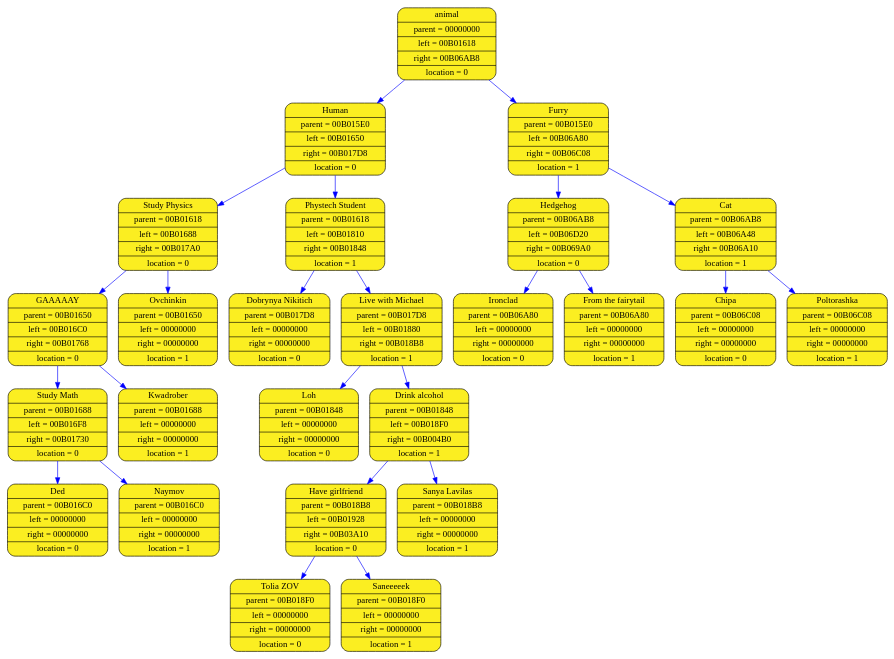
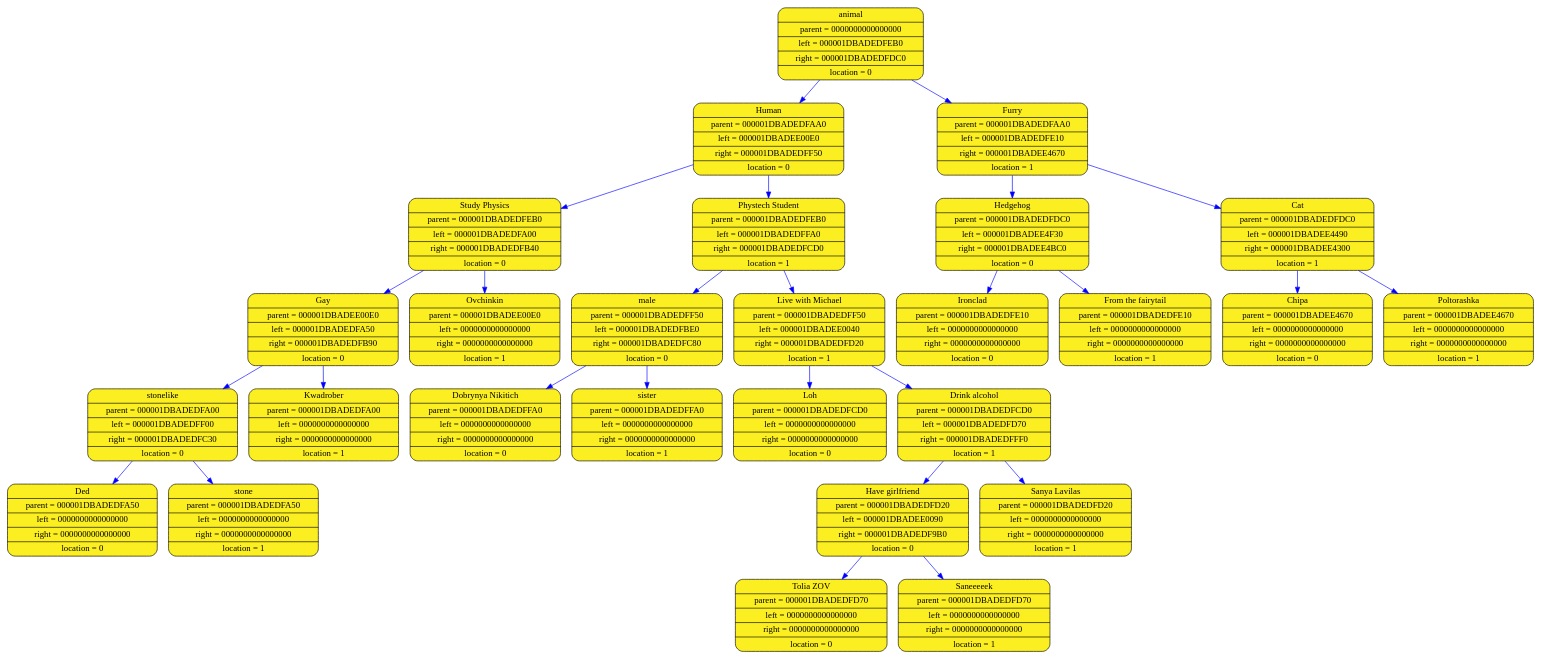
One commit to aywert/ACINATOR changed the diagram in log_folder_acinator/acinator_graph.dot. Above: the diagram before and after it, drawn with Graphviz. The commit also changed 10 other files, not shown here.

```diff
--- a/log_folder_acinator/acinator_graph.dot
+++ b/log_folder_acinator/acinator_graph.dot
@@ -1,53 +1,57 @@
 digraph list
 {
 rankdir=HR;
-	11539940 [shape = Mrecord; style = filled; fillcolor="#FBEE21"; color = "#000000"; fontcolor = "#000000"; label = "{ animal| parent = 00000000| left = 00B01618| right = 00B06AB8| location = 0}"];
-	11539996 [shape = Mrecord; style = filled; fillcolor="#FBEE21"; color = "#000000"; fontcolor = "#000000"; label = "{ Human| parent = 00B015E0| left = 00B01650| right = 00B017D8| location = 0}"];
-	11539940 -> 11539996 [color="blue"]
-	11540052 [shape = Mrecord; style = filled; fillcolor="#FBEE21"; color = "#000000"; fontcolor = "#000000"; label = "{ Study Physics| parent = 00B01618| left = 00B01688| right = 00B017A0| location = 0}"];
-	11539996 -> 11540052 [color="blue"]
-	11540108 [shape = Mrecord; style = filled; fillcolor="#FBEE21"; color = "#000000"; fontcolor = "#000000"; label = "{ GAAAAAY| parent = 00B01650| left = 00B016C0| right = 00B01768| location = 0}"];
-	11540052 -> 11540108 [color="blue"]
-	11540164 [shape = Mrecord; style = filled; fillcolor="#FBEE21"; color = "#000000"; fontcolor = "#000000"; label = "{ Study Math| parent = 00B01688| left = 00B016F8| right = 00B01730| location = 0}"];
-	11540108 -> 11540164 [color="blue"]
-	11540220 [shape = Mrecord; style = filled; fillcolor="#FBEE21"; color = "#000000"; fontcolor = "#000000"; label = "{ Ded| parent = 00B016C0| left = 00000000| right = 00000000| location = 0}"];
-	11540164 -> 11540220 [color="blue"]
-	11540276 [shape = Mrecord; style = filled; fillcolor="#FBEE21"; color = "#000000"; fontcolor = "#000000"; label = "{ Naymov| parent = 00B016C0| left = 00000000| right = 00000000| location = 1}"];
-	11540164 -> 11540276 [color="blue"]
-	11540332 [shape = Mrecord; style = filled; fillcolor="#FBEE21"; color = "#000000"; fontcolor = "#000000"; label = "{ Kwadrober| parent = 00B01688| left = 00000000| right = 00000000| location = 1}"];
-	11540108 -> 11540332 [color="blue"]
-	11540388 [shape = Mrecord; style = filled; fillcolor="#FBEE21"; color = "#000000"; fontcolor = "#000000"; label = "{ Ovchinkin| parent = 00B01650| left = 00000000| right = 00000000| location = 1}"];
-	11540052 -> 11540388 [color="blue"]
-	11540444 [shape = Mrecord; style = filled; fillcolor="#FBEE21"; color = "#000000"; fontcolor = "#000000"; label = "{ Phystech Student| parent = 00B01618| left = 00B01810| right = 00B01848| location = 1}"];
-	11539996 -> 11540444 [color="blue"]
-	11540500 [shape = Mrecord; style = filled; fillcolor="#FBEE21"; color = "#000000"; fontcolor = "#000000"; label = "{ Dobrynya Nikitich| parent = 00B017D8| left = 00000000| right = 00000000| location = 0}"];
-	11540444 -> 11540500 [color="blue"]
-	11540556 [shape = Mrecord; style = filled; fillcolor="#FBEE21"; color = "#000000"; fontcolor = "#000000"; label = "{ Live with Michael| parent = 00B017D8| left = 00B01880| right = 00B018B8| location = 1}"];
-	11540444 -> 11540556 [color="blue"]
-	11540612 [shape = Mrecord; style = filled; fillcolor="#FBEE21"; color = "#000000"; fontcolor = "#000000"; label = "{ Loh| parent = 00B01848| left = 00000000| right = 00000000| location = 0}"];
-	11540556 -> 11540612 [color="blue"]
-	11540668 [shape = Mrecord; style = filled; fillcolor="#FBEE21"; color = "#000000"; fontcolor = "#000000"; label = "{ Drink alcohol| parent = 00B01848| left = 00B018F0| right = 00B004B0| location = 1}"];
-	11540556 -> 11540668 [color="blue"]
-	11540724 [shape = Mrecord; style = filled; fillcolor="#FBEE21"; color = "#000000"; fontcolor = "#000000"; label = "{ Have girlfriend| parent = 00B018B8| left = 00B01928| right = 00B03A10| location = 0}"];
-	11540668 -> 11540724 [color="blue"]
-	11540780 [shape = Mrecord; style = filled; fillcolor="#FBEE21"; color = "#000000"; fontcolor = "#000000"; label = "{ Tolia ZOV| parent = 00B018F0| left = 00000000| right = 00000000| location = 0}"];
-	11540724 -> 11540780 [color="blue"]
-	11549204 [shape = Mrecord; style = filled; fillcolor="#FBEE21"; color = "#000000"; fontcolor = "#000000"; label = "{ Saneeeeek| parent = 00B018F0| left = 00000000| right = 00000000| location = 1}"];
-	11540724 -> 11549204 [color="blue"]
-	11535540 [shape = Mrecord; style = filled; fillcolor="#FBEE21"; color = "#000000"; fontcolor = "#000000"; label = "{ Sanya Lavilas| parent = 00B018B8| left = 00000000| right = 00000000| location = 1}"];
-	11540668 -> 11535540 [color="blue"]
-	11561660 [shape = Mrecord; style = filled; fillcolor="#FBEE21"; color = "#000000"; fontcolor = "#000000"; label = "{ Furry| parent = 00B015E0| left = 00B06A80| right = 00B06C08| location = 1}"];
-	11539940 -> 11561660 [color="blue"]
-	11561604 [shape = Mrecord; style = filled; fillcolor="#FBEE21"; color = "#000000"; fontcolor = "#000000"; label = "{ Hedgehog| parent = 00B06AB8| left = 00B06D20| right = 00B069A0| location = 0}"];
-	11561660 -> 11561604 [color="blue"]
-	11562276 [shape = Mrecord; style = filled; fillcolor="#FBEE21"; color = "#000000"; fontcolor = "#000000"; label = "{ Ironclad| parent = 00B06A80| left = 00000000| right = 00000000| location = 0}"];
-	11561604 -> 11562276 [color="blue"]
-	11561380 [shape = Mrecord; style = filled; fillcolor="#FBEE21"; color = "#000000"; fontcolor = "#000000"; label = "{ From the fairytail| parent = 00B06A80| left = 00000000| right = 00000000| location = 1}"];
-	11561604 -> 11561380 [color="blue"]
-	11561996 [shape = Mrecord; style = filled; fillcolor="#FBEE21"; color = "#000000"; fontcolor = "#000000"; label = "{ Cat| parent = 00B06AB8| left = 00B06A48| right = 00B06A10| location = 1}"];
-	11561660 -> 11561996 [color="blue"]
-	11561548 [shape = Mrecord; style = filled; fillcolor="#FBEE21"; color = "#000000"; fontcolor = "#000000"; label = "{ Chipa| parent = 00B06C08| left = 00000000| right = 00000000| location = 0}"];
-	11561996 -> 11561548 [color="blue"]
-	11561492 [shape = Mrecord; style = filled; fillcolor="#FBEE21"; color = "#000000"; fontcolor = "#000000"; label = "{ Poltorashka| parent = 00B06C08| left = 00000000| right = 00000000| location = 1}"];
-	11561996 -> 11561492 [color="blue"]
+	2043027520168 [shape = Mrecord; style = filled; fillcolor="#FBEE21"; color = "#000000"; fontcolor = "#000000"; label = "{ animal| parent = 0000000000000000| left = 000001DBADEDFEB0| right = 000001DBADEDFDC0| location = 0}"];
+	2043027521208 [shape = Mrecord; style = filled; fillcolor="#FBEE21"; color = "#000000"; fontcolor = "#000000"; label = "{ Human| parent = 000001DBADEDFAA0| left = 000001DBADEE00E0| right = 000001DBADEDFF50| location = 0}"];
+	2043027520168 -> 2043027521208 [color="blue"]
+	2043027521768 [shape = Mrecord; style = filled; fillcolor="#FBEE21"; color = "#000000"; fontcolor = "#000000"; label = "{ Study Physics| parent = 000001DBADEDFEB0| left = 000001DBADEDFA00| right = 000001DBADEDFB40| location = 0}"];
+	2043027521208 -> 2043027521768 [color="blue"]
+	2043027520008 [shape = Mrecord; style = filled; fillcolor="#FBEE21"; color = "#000000"; fontcolor = "#000000"; label = "{ Gay| parent = 000001DBADEE00E0| left = 000001DBADEDFA50| right = 000001DBADEDFB90| location = 0}"];
+	2043027521768 -> 2043027520008 [color="blue"]
+	2043027520088 [shape = Mrecord; style = filled; fillcolor="#FBEE21"; color = "#000000"; fontcolor = "#000000"; label = "{ stonelike| parent = 000001DBADEDFA00| left = 000001DBADEDFF00| right = 000001DBADEDFC30| location = 0}"];
+	2043027520008 -> 2043027520088 [color="blue"]
+	2043027521288 [shape = Mrecord; style = filled; fillcolor="#FBEE21"; color = "#000000"; fontcolor = "#000000"; label = "{ Ded| parent = 000001DBADEDFA50| left = 0000000000000000| right = 0000000000000000| location = 0}"];
+	2043027520088 -> 2043027521288 [color="blue"]
+	2043027520568 [shape = Mrecord; style = filled; fillcolor="#FBEE21"; color = "#000000"; fontcolor = "#000000"; label = "{ stone| parent = 000001DBADEDFA50| left = 0000000000000000| right = 0000000000000000| location = 1}"];
+	2043027520088 -> 2043027520568 [color="blue"]
+	2043027520408 [shape = Mrecord; style = filled; fillcolor="#FBEE21"; color = "#000000"; fontcolor = "#000000"; label = "{ Kwadrober| parent = 000001DBADEDFA00| left = 0000000000000000| right = 0000000000000000| location = 1}"];
+	2043027520008 -> 2043027520408 [color="blue"]
+	2043027520328 [shape = Mrecord; style = filled; fillcolor="#FBEE21"; color = "#000000"; fontcolor = "#000000"; label = "{ Ovchinkin| parent = 000001DBADEE00E0| left = 0000000000000000| right = 0000000000000000| location = 1}"];
+	2043027521768 -> 2043027520328 [color="blue"]
+	2043027521368 [shape = Mrecord; style = filled; fillcolor="#FBEE21"; color = "#000000"; fontcolor = "#000000"; label = "{ Phystech Student| parent = 000001DBADEDFEB0| left = 000001DBADEDFFA0| right = 000001DBADEDFCD0| location = 1}"];
+	2043027521208 -> 2043027521368 [color="blue"]
+	2043027521448 [shape = Mrecord; style = filled; fillcolor="#FBEE21"; color = "#000000"; fontcolor = "#000000"; label = "{ male| parent = 000001DBADEDFF50| left = 000001DBADEDFBE0| right = 000001DBADEDFC80| location = 0}"];
+	2043027521368 -> 2043027521448 [color="blue"]
+	2043027520488 [shape = Mrecord; style = filled; fillcolor="#FBEE21"; color = "#000000"; fontcolor = "#000000"; label = "{ Dobrynya Nikitich| parent = 000001DBADEDFFA0| left = 0000000000000000| right = 0000000000000000| location = 0}"];
+	2043027521448 -> 2043027520488 [color="blue"]
+	2043027520648 [shape = Mrecord; style = filled; fillcolor="#FBEE21"; color = "#000000"; fontcolor = "#000000"; label = "{ sister| parent = 000001DBADEDFFA0| left = 0000000000000000| right = 0000000000000000| location = 1}"];
+	2043027521448 -> 2043027520648 [color="blue"]
+	2043027520728 [shape = Mrecord; style = filled; fillcolor="#FBEE21"; color = "#000000"; fontcolor = "#000000"; label = "{ Live with Michael| parent = 000001DBADEDFF50| left = 000001DBADEE0040| right = 000001DBADEDFD20| location = 1}"];
+	2043027521368 -> 2043027520728 [color="blue"]
+	2043027521608 [shape = Mrecord; style = filled; fillcolor="#FBEE21"; color = "#000000"; fontcolor = "#000000"; label = "{ Loh| parent = 000001DBADEDFCD0| left = 0000000000000000| right = 0000000000000000| location = 0}"];
+	2043027520728 -> 2043027521608 [color="blue"]
+	2043027520808 [shape = Mrecord; style = filled; fillcolor="#FBEE21"; color = "#000000"; fontcolor = "#000000"; label = "{ Drink alcohol| parent = 000001DBADEDFCD0| left = 000001DBADEDFD70| right = 000001DBADEDFFF0| location = 1}"];
+	2043027520728 -> 2043027520808 [color="blue"]
+	2043027520888 [shape = Mrecord; style = filled; fillcolor="#FBEE21"; color = "#000000"; fontcolor = "#000000"; label = "{ Have girlfriend| parent = 000001DBADEDFD20| left = 000001DBADEE0090| right = 000001DBADEDF9B0| location = 0}"];
+	2043027520808 -> 2043027520888 [color="blue"]
+	2043027521688 [shape = Mrecord; style = filled; fillcolor="#FBEE21"; color = "#000000"; fontcolor = "#000000"; label = "{ Tolia ZOV| parent = 000001DBADEDFD70| left = 0000000000000000| right = 0000000000000000| location = 0}"];
+	2043027520888 -> 2043027521688 [color="blue"]
+	2043027519928 [shape = Mrecord; style = filled; fillcolor="#FBEE21"; color = "#000000"; fontcolor = "#000000"; label = "{ Saneeeeek| parent = 000001DBADEDFD70| left = 0000000000000000| right = 0000000000000000| location = 1}"];
+	2043027520888 -> 2043027519928 [color="blue"]
+	2043027521528 [shape = Mrecord; style = filled; fillcolor="#FBEE21"; color = "#000000"; fontcolor = "#000000"; label = "{ Sanya Lavilas| parent = 000001DBADEDFD20| left = 0000000000000000| right = 0000000000000000| location = 1}"];
+	2043027520808 -> 2043027521528 [color="blue"]
+	2043027520968 [shape = Mrecord; style = filled; fillcolor="#FBEE21"; color = "#000000"; fontcolor = "#000000"; label = "{ Furry| parent = 000001DBADEDFAA0| left = 000001DBADEDFE10| right = 000001DBADEE4670| location = 1}"];
+	2043027520168 -> 2043027520968 [color="blue"]
+	2043027521048 [shape = Mrecord; style = filled; fillcolor="#FBEE21"; color = "#000000"; fontcolor = "#000000"; label = "{ Hedgehog| parent = 000001DBADEDFDC0| left = 000001DBADEE4F30| right = 000001DBADEE4BC0| location = 0}"];
+	2043027520968 -> 2043027521048 [color="blue"]
+	2043027541816 [shape = Mrecord; style = filled; fillcolor="#FBEE21"; color = "#000000"; fontcolor = "#000000"; label = "{ Ironclad| parent = 000001DBADEDFE10| left = 0000000000000000| right = 0000000000000000| location = 0}"];
+	2043027521048 -> 2043027541816 [color="blue"]
+	2043027540936 [shape = Mrecord; style = filled; fillcolor="#FBEE21"; color = "#000000"; fontcolor = "#000000"; label = "{ From the fairytail| parent = 000001DBADEDFE10| left = 0000000000000000| right = 0000000000000000| location = 1}"];
+	2043027521048 -> 2043027540936 [color="blue"]
+	2043027539576 [shape = Mrecord; style = filled; fillcolor="#FBEE21"; color = "#000000"; fontcolor = "#000000"; label = "{ Cat| parent = 000001DBADEDFDC0| left = 000001DBADEE4490| right = 000001DBADEE4300| location = 1}"];
+	2043027520968 -> 2043027539576 [color="blue"]
+	2043027539096 [shape = Mrecord; style = filled; fillcolor="#FBEE21"; color = "#000000"; fontcolor = "#000000"; label = "{ Chipa| parent = 000001DBADEE4670| left = 0000000000000000| right = 0000000000000000| location = 0}"];
+	2043027539576 -> 2043027539096 [color="blue"]
+	2043027538696 [shape = Mrecord; style = filled; fillcolor="#FBEE21"; color = "#000000"; fontcolor = "#000000"; label = "{ Poltorashka| parent = 000001DBADEE4670| left = 0000000000000000| right = 0000000000000000| location = 1}"];
+	2043027539576 -> 2043027538696 [color="blue"]
 	}
```
